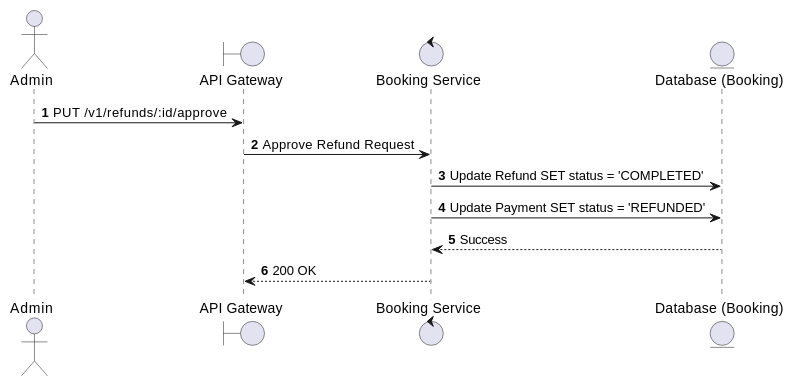
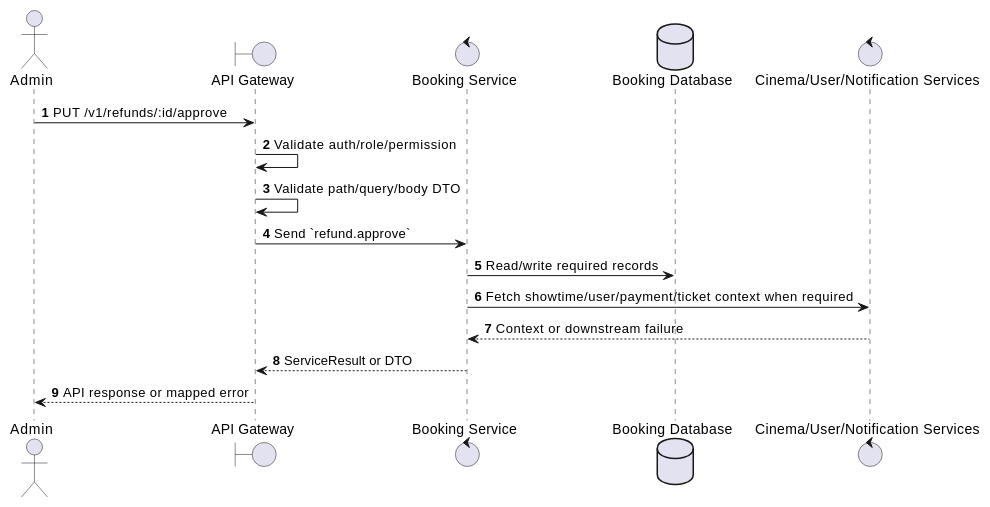
One commit to Tanh1603/movie-hub-architecture changed the first of 2 diagrams in docs/functional_specs/3.8_Refund_Management_Module/RF-06_Approve_Refund.md. Above: the diagram before and after it, drawn with PlantUML. The commit also changed other lines of this file and 126 other files, not shown here.

````diff
--- a/docs/functional_specs/3.8_Refund_Management_Module/RF-06_Approve_Refund.md
+++ b/docs/functional_specs/3.8_Refund_Management_Module/RF-06_Approve_Refund.md
@@ -17,16 +17,20 @@
 ```plantuml
 @startuml
 autonumber
-actor Admin
+actor "Admin" as Actor
 boundary "API Gateway" as GW
-control "Booking Service" as BS
-entity "Database (Booking)" as DB
+control "Booking Service" as SVC
+database "Booking Database" as DB
+control "Cinema/User/Notification Services" as EXT
 
-Admin -> GW: PUT /v1/refunds/:id/approve
-GW -> BS: Approve Refund Request
-BS -> DB: Update Refund SET status = 'COMPLETED'
-BS -> DB: Update Payment SET status = 'REFUNDED'
-DB --> BS: Success
-BS --> GW: 200 OK
+Actor -> GW: PUT /v1/refunds/:id/approve
+GW -> GW: Validate auth/role/permission
+GW -> GW: Validate path/query/body DTO
+GW -> SVC: Send `refund.approve`
+SVC -> DB: Read/write required records
+SVC -> EXT: Fetch showtime/user/payment/ticket context when required
+EXT --> SVC: Context or downstream failure
+SVC --> GW: ServiceResult or DTO
+GW --> Actor: API response or mapped error
 @enduml
 ```
````
